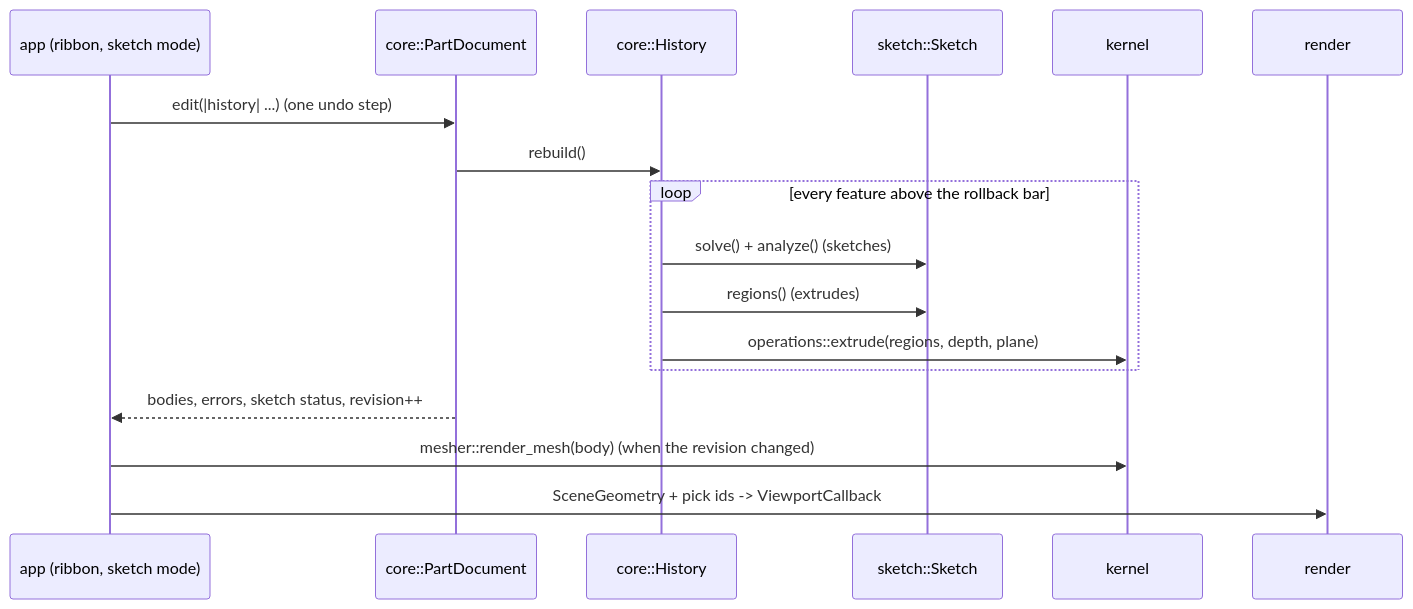
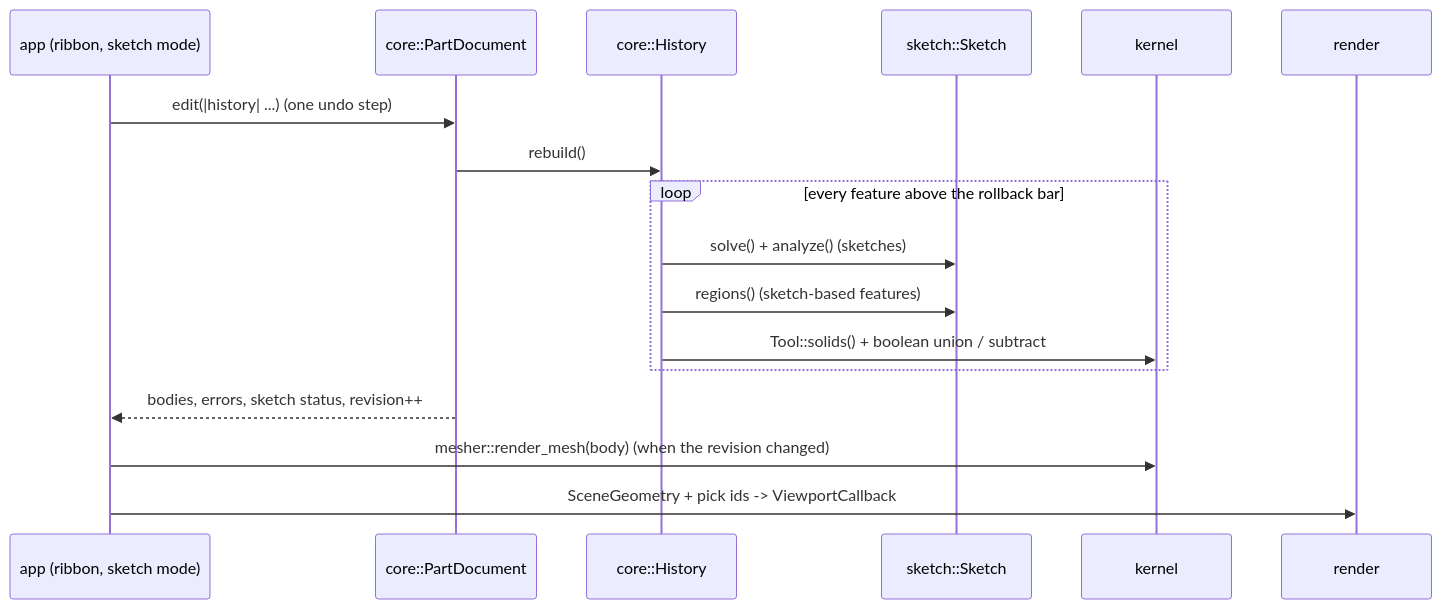
The second of 2 diagrams in docs/architecture.md (Three-Bugs-Studio/3bcad), drawn with Mermaid before and after one commit. The commit also changed other lines of this file and 3 other files, not shown here.

````diff
--- a/docs/architecture.md
+++ b/docs/architecture.md
@@ -21,19 +21,19 @@
 ```mermaid
 sequenceDiagram
     participant UI as app (ribbon, sketch mode)
     participant Doc as core::PartDocument
     participant H as core::History
     participant S as sketch::Sketch
     participant K as kernel
     participant R as render
     UI->>Doc: edit(|history| ...)   (one undo step)
     Doc->>H: rebuild()
     loop every feature above the rollback bar
         H->>S: solve() + analyze()   (sketches)
-        H->>S: regions()             (extrudes)
-        H->>K: operations::extrude(regions, depth, plane)
+        H->>S: regions()             (sketch-based features)
+        H->>K: Tool::solids() + boolean union / subtract
     end
     Doc-->>UI: bodies, errors, sketch status, revision++
     UI->>K: mesher::render_mesh(body)   (when the revision changed)
     UI->>R: SceneGeometry + pick ids -> ViewportCallback
 ```
````
